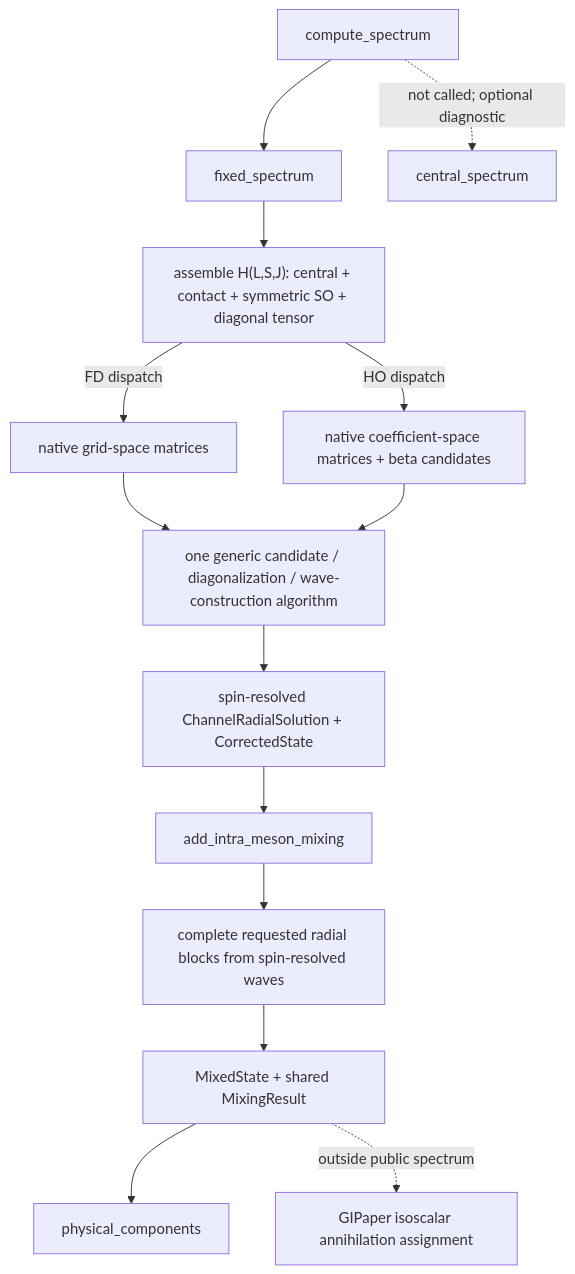
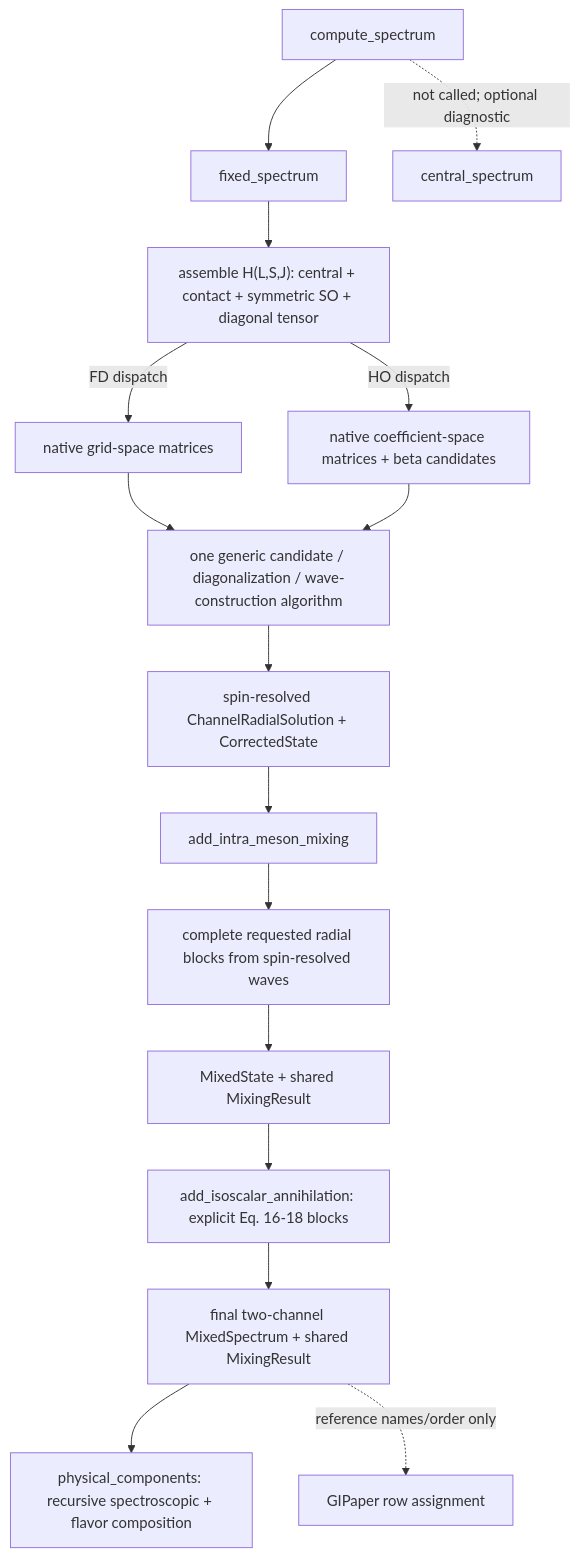
One commit to mmikhasenko/GIModel.jl changed the second of 2 diagrams in docs/original_1985_algorithm_audit.md. Above: the diagram before and after it, drawn with Mermaid. The commit also changed other lines of this file and 31 other files, not shown here.

Commit message:
Complete PA-16 final-state flavor mixing

````diff
--- a/docs/original_1985_algorithm_audit.md
+++ b/docs/original_1985_algorithm_audit.md
@@ -118,16 +123,18 @@
 ```mermaid
 flowchart TD
     C["compute_spectrum"] --> FS["fixed_spectrum"]
     C -. "not called; optional diagnostic" .-> CS["central_spectrum"]
     FS --> FH["assemble H(L,S,J): central + contact + symmetric SO + diagonal tensor"]
     FH -->|"FD dispatch"| FD["native grid-space matrices"]
     FH -->|"HO dispatch"| HO["native coefficient-space matrices + beta candidates"]
     FD --> D["one generic candidate / diagonalization / wave-construction algorithm"]
     HO --> D
     D --> COR["spin-resolved ChannelRadialSolution + CorrectedState"]
     COR --> IM["add_intra_meson_mixing"]
     IM --> MX["complete requested radial blocks from spin-resolved waves"]
     MX --> MS["MixedState + shared MixingResult"]
-    MS --> PC["physical_components"]
-    MS -. "outside public spectrum" .-> AN["GIPaper isoscalar annihilation assignment"]
+    MS --> AN["add_isoscalar_annihilation: explicit Eq. 16-18 blocks"]
+    AN --> FM["final two-channel MixedSpectrum + shared MixingResult"]
+    FM --> PC["physical_components: recursive spectroscopic + flavor composition"]
+    FM -. "reference names/order only" .-> GP["GIPaper row assignment"]
 ```
````
